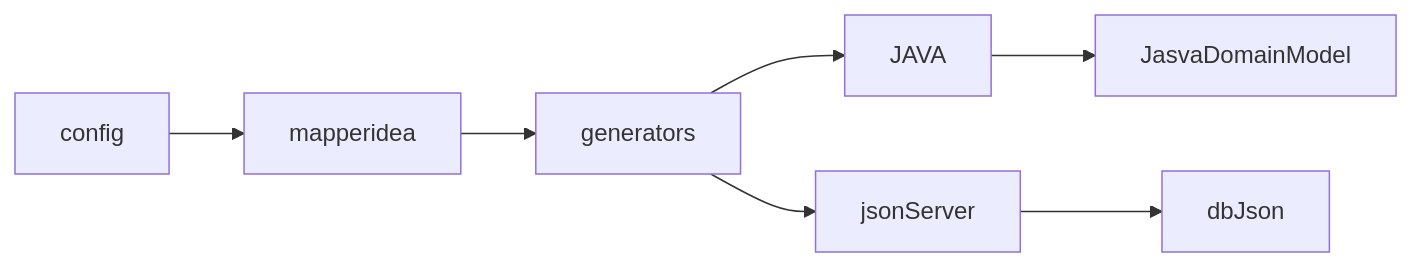
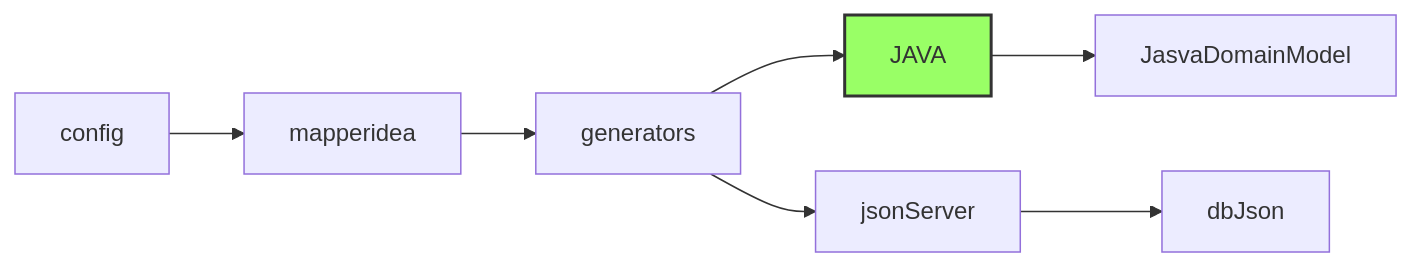
One commit to HamiltonVentura/MapperIdea changed the second of 2 diagrams in mapeando-codigo.md. Above: the diagram before and after it, drawn with Mermaid.

````diff
--- a/mapeando-codigo.md
+++ b/mapeando-codigo.md
@@ -14,9 +14,11 @@
 ```mermaid
     flowchart LR
         config --> mapperidea;
         mapperidea --> generators;
         generators --> JAVA;
         generators --> jsonServer;
         JAVA --> JasvaDomainModel;
-        jsonServer --> dbJson;  
+        jsonServer --> dbJson;
+
+style JAVA fill:#9f6,stroke:#333,stroke-width:2px;
 ```
````
